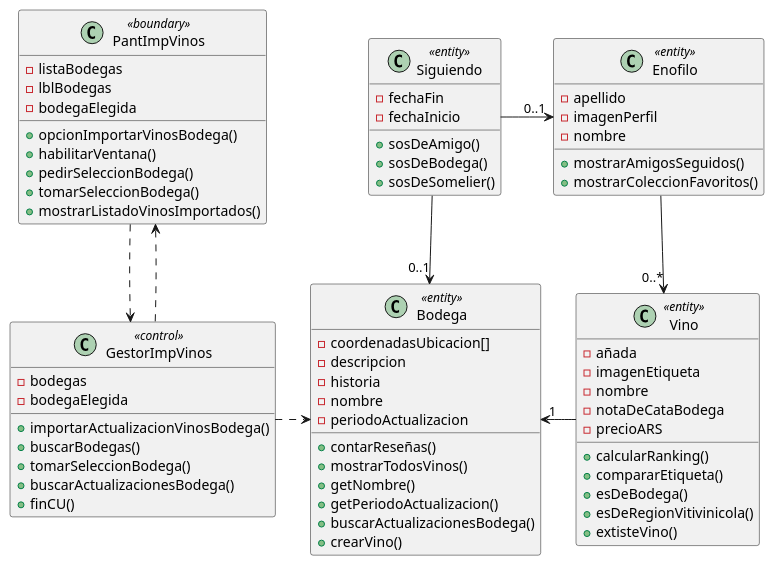
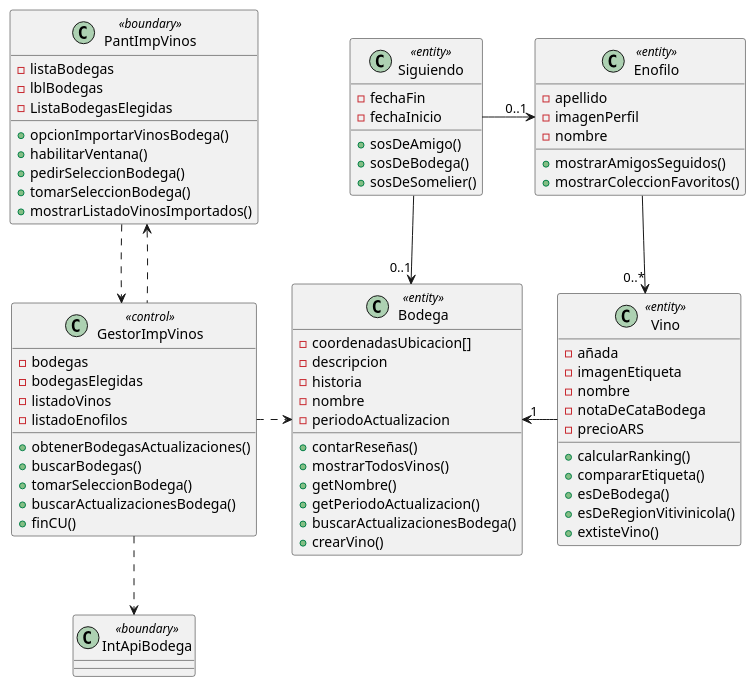
Before and after one commit to JuanjoCasas/PPAI: the diagram in modelo de analisis/vistaClasesAnalisis.puml, drawn with PlantUML. The commit also changed 1 other file, not shown here.

Commit message:
corrige boundary api y agrega notificaciones

```diff
--- a/modelo de analisis/vistaClasesAnalisis.puml
+++ b/modelo de analisis/vistaClasesAnalisis.puml
@@ -1,75 +1,82 @@
 @startuml clases
 
 class PantImpVinos <<boundary>> {
     - listaBodegas
     - lblBodegas
-    - bodegaElegida
+    - ListaBodegasElegidas
     + opcionImportarVinosBodega()
     + habilitarVentana()
     + pedirSeleccionBodega()
     + tomarSeleccionBodega()
     + mostrarListadoVinosImportados()
 }
 
 class GestorImpVinos <<control>> {
     - bodegas
-    - bodegaElegida
-    + importarActualizacionVinosBodega()
+    - bodegasElegidas
+    - listadoVinos
+    - listadoEnofilos
+    + obtenerBodegasActualizaciones()
     + buscarBodegas()
     + tomarSeleccionBodega()
     + buscarActualizacionesBodega()
     + finCU()
+}
+
+class IntApiBodega <<boundary>> {
+
 }
 
 class Bodega <<entity>> {
     - coordenadasUbicacion[]
     - descripcion
     - historia
     - nombre
     - periodoActualizacion
     + contarReseñas()
     + mostrarTodosVinos()
     + getNombre()
     + getPeriodoActualizacion()
     + buscarActualizacionesBodega()
     + crearVino()
 }
 
 class Vino <<entity>> {
     - añada
     - imagenEtiqueta
     - nombre
     - notaDeCataBodega
     - precioARS
     + calcularRanking()
     + compararEtiqueta()
     + esDeBodega()
     + esDeRegionVitivinicola()
     + extisteVino()
 }
 
 class Siguiendo <<entity>> {
     - fechaFin
     - fechaInicio
     + sosDeAmigo()
     + sosDeBodega()
     + sosDeSomelier()
 }
 
 class Enofilo <<entity>> {
     - apellido
     - imagenPerfil
     - nombre
     + mostrarAmigosSeguidos()
     + mostrarColeccionFavoritos()
 }
 
 PantImpVinos ..> GestorImpVinos
 PantImpVinos <.. GestorImpVinos
+GestorImpVinos ..> IntApiBodega
 GestorImpVinos .> Bodega
 Siguiendo --> "0..1" Bodega
 
 Enofilo --> "0..*" Vino
 Siguiendo -> "0..1" Enofilo
 Bodega "1" <- Vino
 @enduml
```
